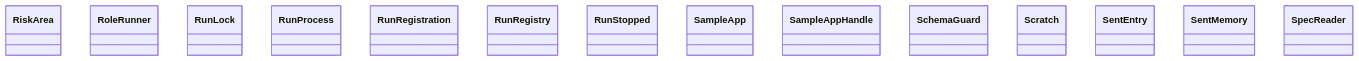
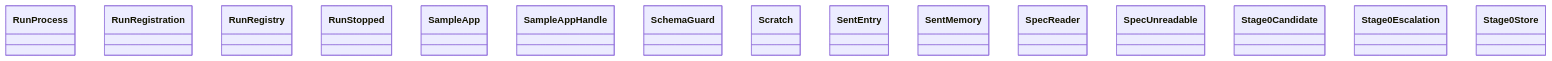
Before and after one commit to GonzaloZevallos/agentic-system: the diagram in docs/architecture/generated/classes-process-application-support-5.md, drawn with Mermaid. The commit also changed other lines of this file and 24 other files, not shown here.

````diff
--- a/docs/architecture/generated/classes-process-application-support-5.md
+++ b/docs/architecture/generated/classes-process-application-support-5.md
@@ -19,17 +19,18 @@
 ```mermaid
 classDiagram
-    class ports__RiskArea["RiskArea"]
-    class ports__RoleRunner["RoleRunner"]
-    class ports__RunLock["RunLock"]
     class ports__RunProcess["RunProcess"]
     class ports__RunRegistration["RunRegistration"]
     class ports__RunRegistry["RunRegistry"]
     class ports__RunStopped["RunStopped"]
     class ports__SampleApp["SampleApp"]
     class ports__SampleAppHandle["SampleAppHandle"]
     class ports__SchemaGuard["SchemaGuard"]
     class ports__Scratch["Scratch"]
     class ports__SentEntry["SentEntry"]
     class ports__SentMemory["SentMemory"]
     class ports__SpecReader["SpecReader"]
+    class ports__SpecUnreadable["SpecUnreadable"]
+    class ports__Stage0Candidate["Stage0Candidate"]
+    class ports__Stage0Escalation["Stage0Escalation"]
+    class ports__Stage0Store["Stage0Store"]
 ```
````
